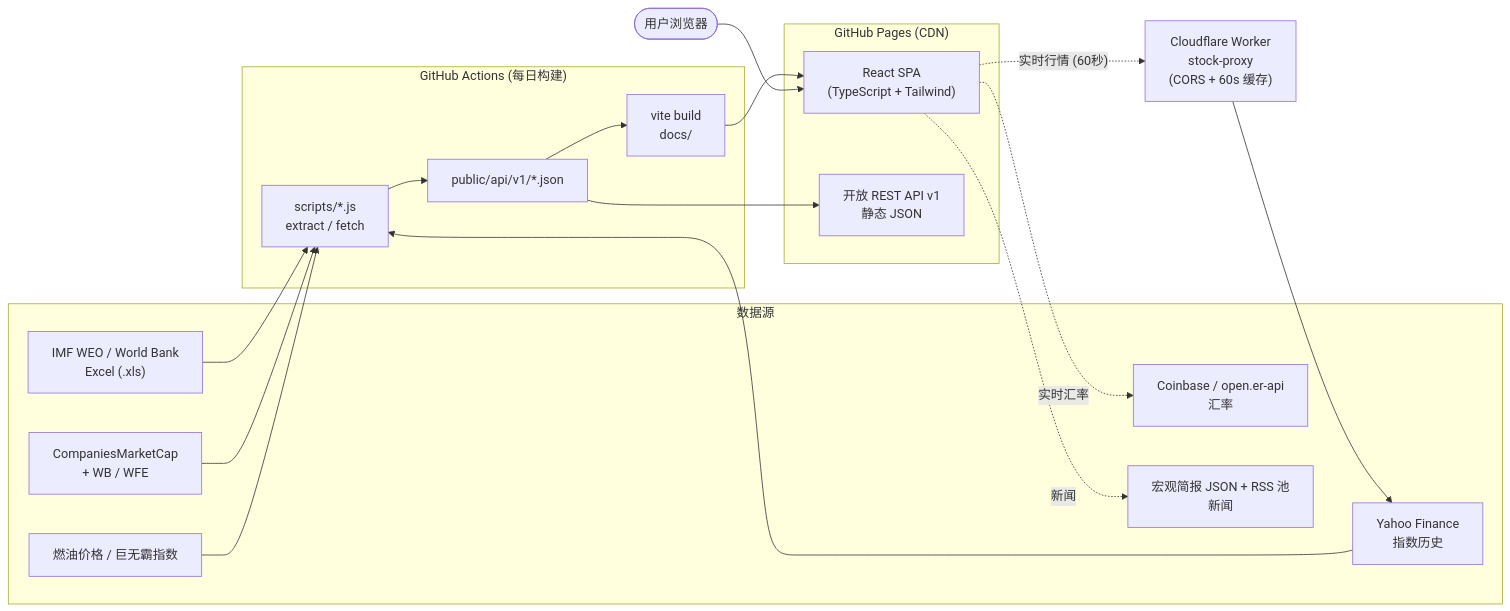
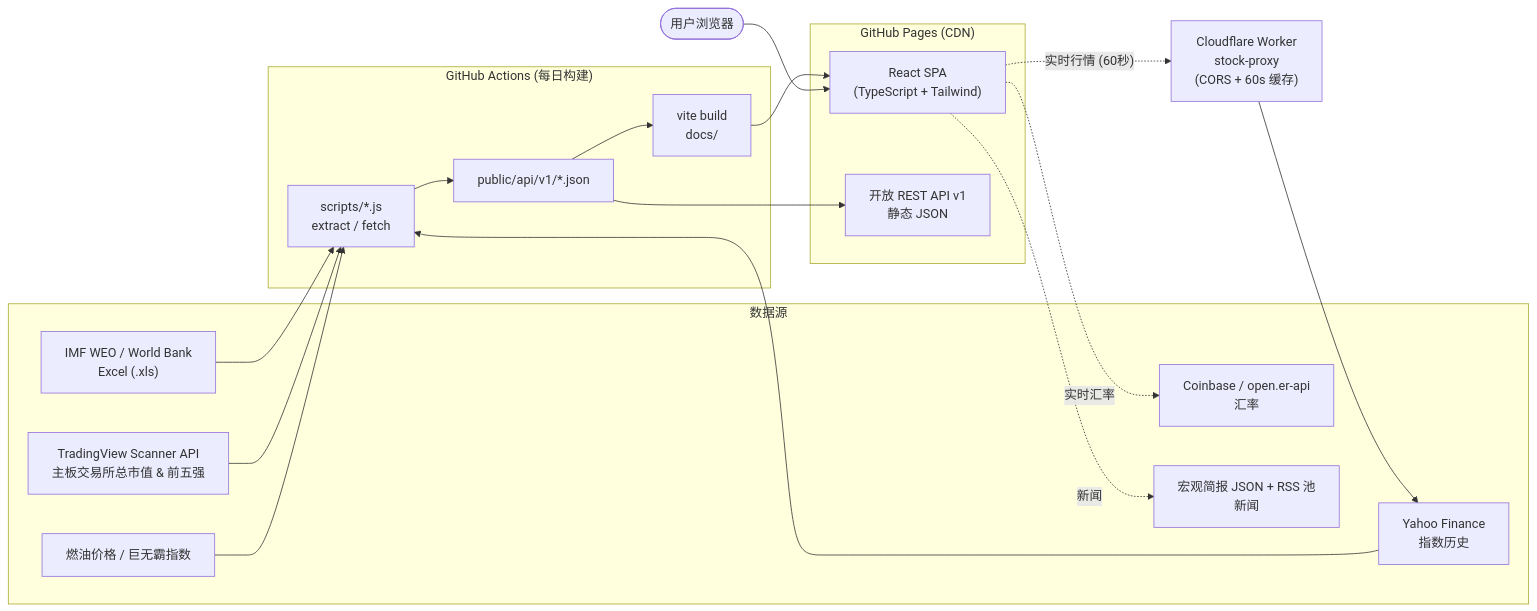
One commit to silverogic/geonomics changed the diagram in README.zh.md. Above: the diagram before and after it, drawn with Mermaid. The commit also changed other lines of this file and 6 other files, not shown here.

Commit message:
docs(market-cap): update READMEs, UI labels, and comments from WFE to TradingView

````diff
--- a/README.zh.md
+++ b/README.zh.md
@@ -114,38 +114,38 @@
 ```mermaid
 flowchart LR
   subgraph SRC["数据源"]
     S1["IMF WEO / World Bank<br/>Excel (.xls)"]
     S2["Yahoo Finance<br/>指数历史"]
-    S3["CompaniesMarketCap<br/>+ WB / WFE"]
+    S3["TradingView Scanner API<br/>主板交易所总市值 & 前五强"]
     S4["燃油价格 / 巨无霸指数"]
     S5["Coinbase / open.er-api<br/>汇率"]
     S6["宏观简报 JSON + RSS 池<br/>新闻"]
   end
 
   subgraph CI["GitHub Actions (每日构建)"]
     P1["scripts/*.js<br/>extract / fetch"]
     P2["public/api/v1/*.json"]
     P3["vite build<br/>docs/"]
   end
 
   subgraph HOST["GitHub Pages (CDN)"]
     WEB["React SPA<br/>(TypeScript + Tailwind)"]
     API["开放 REST API v1<br/>静态 JSON"]
   end
 
   W["Cloudflare Worker<br/>stock-proxy<br/>(CORS + 60s 缓存)"]
   U(["用户浏览器"])
 
   S1 --> P1
   S2 --> P1
   S3 --> P1
   S4 --> P1
   P1 --> P2 --> P3 --> WEB
   P2 --> API
 
   U --> WEB
   WEB -. "实时行情 (60秒)" .-> W
   W --> S2
   WEB -. "实时汇率" .-> S5
   WEB -. "新闻" .-> S6
 ```
````
